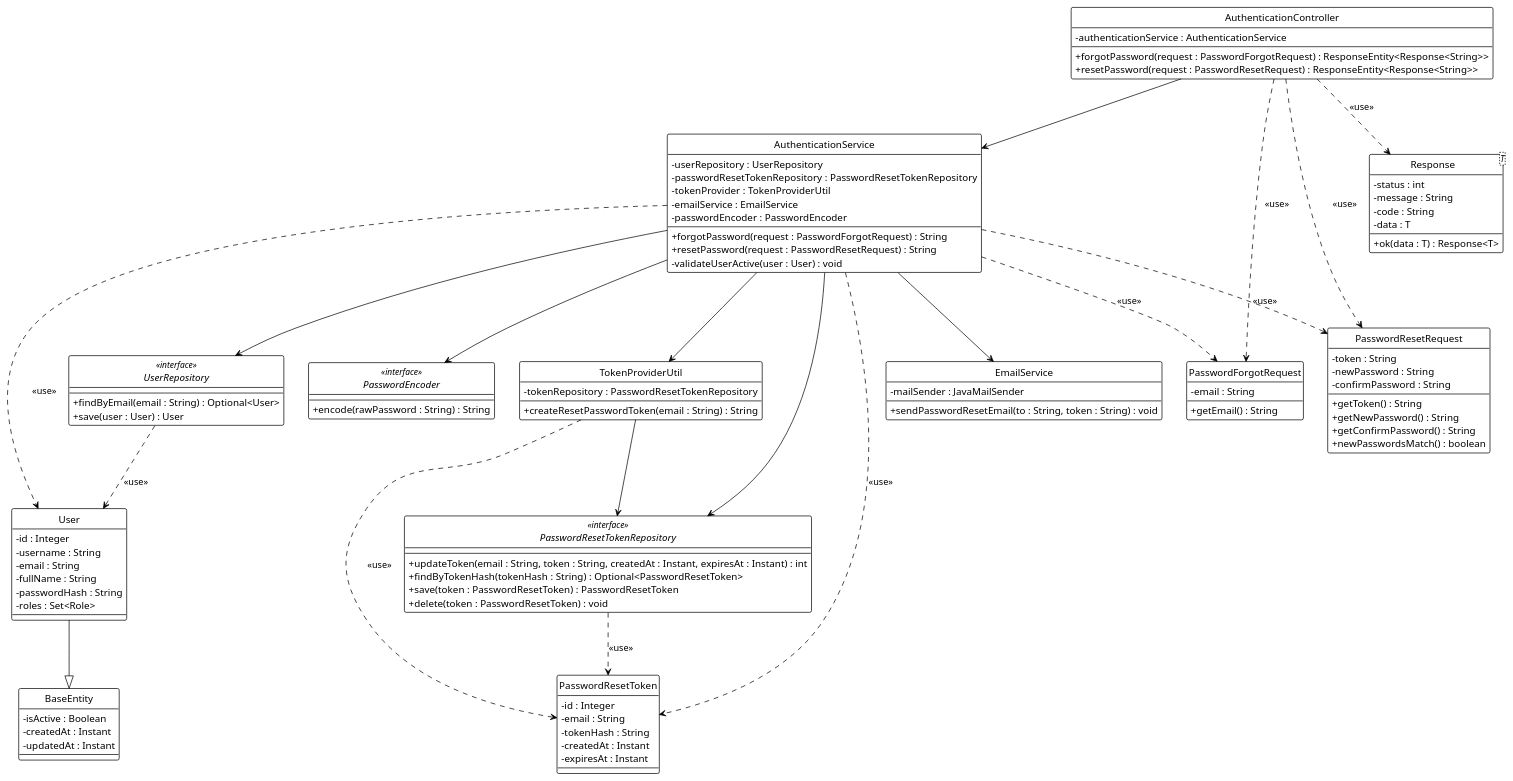
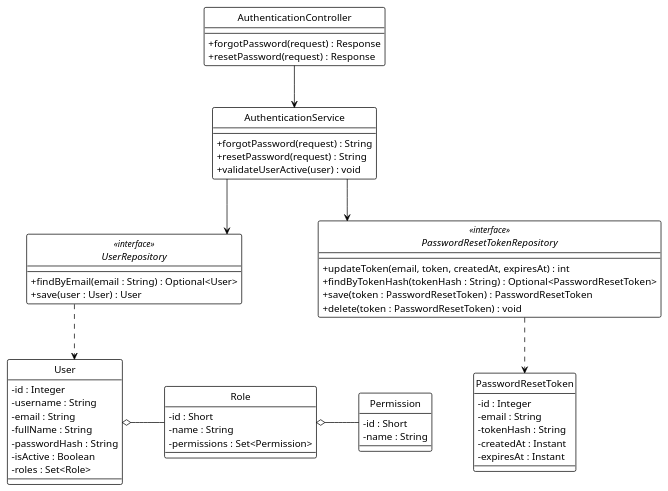
Before and after one commit to Ndh474/context: the diagram in system_detailed_design/04_forgot_password/class_diagram_forgot_password.puml, drawn with PlantUML. The commit also changed 6 other files, not shown here.

Commit message:
refactor(diagrams): standardize diagram names and improve class/sequence diagrams for authentication flows

```diff
--- a/system_detailed_design/04_forgot_password/class_diagram_forgot_password.puml
+++ b/system_detailed_design/04_forgot_password/class_diagram_forgot_password.puml
@@ -1,117 +1,80 @@
-@startuml Forgot Password - Class Diagram
+@startuml forgot_password
 !theme plain
+hide circle
 skinparam classAttributeIconSize 0
-hide circle
-skinparam circledCharacterRadius 0
 
+' --- CẤU HÌNH "ORTHO" (BẮT BUỘC) ---
+skinparam linetype ortho
+skinparam nodesep 60
+skinparam ranksep 60
+
+' --- CONTROLLER ---
 class AuthenticationController {
-  - authenticationService : AuthenticationService
-  + forgotPassword(request : PasswordForgotRequest) : ResponseEntity<Response<String>>
-  + resetPassword(request : PasswordResetRequest) : ResponseEntity<Response<String>>
+  + forgotPassword(request) : Response
+  + resetPassword(request) : Response
 }
 
+' --- SERVICE ---
 class AuthenticationService {
-  - userRepository : UserRepository
-  - passwordResetTokenRepository : PasswordResetTokenRepository
-  - tokenProvider : TokenProviderUtil
-  - emailService : EmailService
-  - passwordEncoder : PasswordEncoder
-  + forgotPassword(request : PasswordForgotRequest) : String
-  + resetPassword(request : PasswordResetRequest) : String
-  - validateUserActive(user : User) : void
+  + forgotPassword(request) : String
+  + resetPassword(request) : String
+  + validateUserActive(user) : void
 }
 
-class TokenProviderUtil {
-  - tokenRepository : PasswordResetTokenRepository
-  + createResetPasswordToken(email : String) : String
-}
-
-class EmailService {
-  - mailSender : JavaMailSender
-  + sendPasswordResetEmail(to : String, token : String) : void
-}
-
+' --- REPOSITORIES ---
 interface UserRepository <<interface>> {
   + findByEmail(email : String) : Optional<User>
   + save(user : User) : User
 }
 
 interface PasswordResetTokenRepository <<interface>> {
-  + updateToken(email : String, token : String, createdAt : Instant, expiresAt : Instant) : int
+  + updateToken(email, token, createdAt, expiresAt) : int
   + findByTokenHash(tokenHash : String) : Optional<PasswordResetToken>
   + save(token : PasswordResetToken) : PasswordResetToken
   + delete(token : PasswordResetToken) : void
 }
 
-interface PasswordEncoder <<interface>> {
-  + encode(rawPassword : String) : String
-}
-
-class PasswordForgotRequest {
-  - email : String
-  + getEmail() : String
-}
-
-class PasswordResetRequest {
-  - token : String
-  - newPassword : String
-  - confirmPassword : String
-  + getToken() : String
-  + getNewPassword() : String
-  + getConfirmPassword() : String
-  + newPasswordsMatch() : boolean
-}
-
-class Response<T> {
-  - status : int
-  - message : String
-  - code : String
-  - data : T
-  + ok(data : T) : Response<T>
-}
-
+' --- ENTITIES ---
 class User {
   - id : Integer
   - username : String
   - email : String
   - fullName : String
   - passwordHash : String
+  - isActive : Boolean
   - roles : Set<Role>
 }
 
 class PasswordResetToken {
   - id : Integer
   - email : String
   - tokenHash : String
   - createdAt : Instant
   - expiresAt : Instant
 }
 
-class BaseEntity {
-  - isActive : Boolean
-  - createdAt : Instant
-  - updatedAt : Instant
+class Role {
+  - id : Short
+  - name : String
+  - permissions : Set<Permission>
 }
 
-AuthenticationController --> AuthenticationService
-AuthenticationService --> UserRepository
-AuthenticationService --> PasswordResetTokenRepository
-AuthenticationService --> TokenProviderUtil
-AuthenticationService --> EmailService
-AuthenticationService --> PasswordEncoder
-TokenProviderUtil --> PasswordResetTokenRepository
+class Permission {
+  - id : Short
+  - name : String
+}
 
-AuthenticationController ..> PasswordForgotRequest : <<use>>
-AuthenticationController ..> PasswordResetRequest : <<use>>
-AuthenticationController ..> Response : <<use>>
-AuthenticationService ..> PasswordForgotRequest : <<use>>
-AuthenticationService ..> PasswordResetRequest : <<use>>
-AuthenticationService ..> User : <<use>>
-AuthenticationService ..> PasswordResetToken : <<use>>
-UserRepository ..> User : <<use>>
-PasswordResetTokenRepository ..> PasswordResetToken : <<use>>
-TokenProviderUtil ..> PasswordResetToken : <<use>>
+' --- DEPENDENCY INJECTION (Association) ---
+AuthenticationController -down-> AuthenticationService
+AuthenticationService -down-> UserRepository
+AuthenticationService -down-> PasswordResetTokenRepository
 
-User --|> BaseEntity
+' --- REPOSITORY USAGE (Dependency) ---
+UserRepository .down.> User
+PasswordResetTokenRepository .down.> PasswordResetToken
+
+' --- ENTITY RELATIONSHIPS (Aggregation) ---
+User o-right- Role
+Role o-right- Permission
 
 @enduml
```
